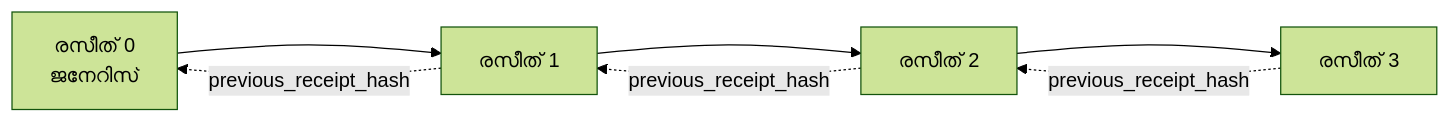
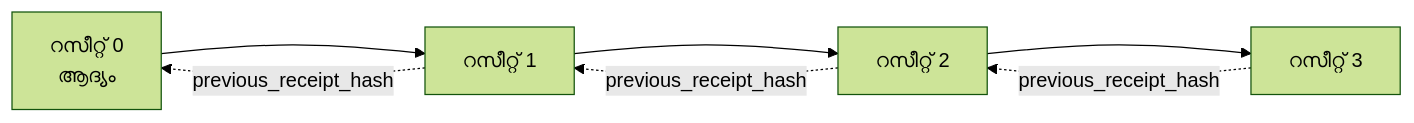
The second of 2 diagrams in translations/ml/18-securing-ai-agents/README.md (microsoft/ai-agents-for-beginners), drawn with Mermaid (forest theme) before and after one commit. The commit also changed other lines of this file and 224 other files, not shown here.

````diff
--- a/translations/ml/18-securing-ai-agents/README.md
+++ b/translations/ml/18-securing-ai-agents/README.md
@@ -206,9 +206,9 @@
 ```mermaid
 flowchart LR
-    R0[രസീത് 0<br/>ജനേറിസ്] --> R1[രസീത് 1]
-    R1 --> R2[രസീത് 2]
-    R2 --> R3[രസീത് 3]
+    R0[റസീറ്റ് 0<br/>ആദ്യം] --> R1[റസീറ്റ് 1]
+    R1 --> R2[റസീറ്റ് 2]
+    R2 --> R3[റസീറ്റ് 3]
     R1 -. previous_receipt_hash .-> R0
     R2 -. previous_receipt_hash .-> R1
     R3 -. previous_receipt_hash .-> R2
 ```
````
